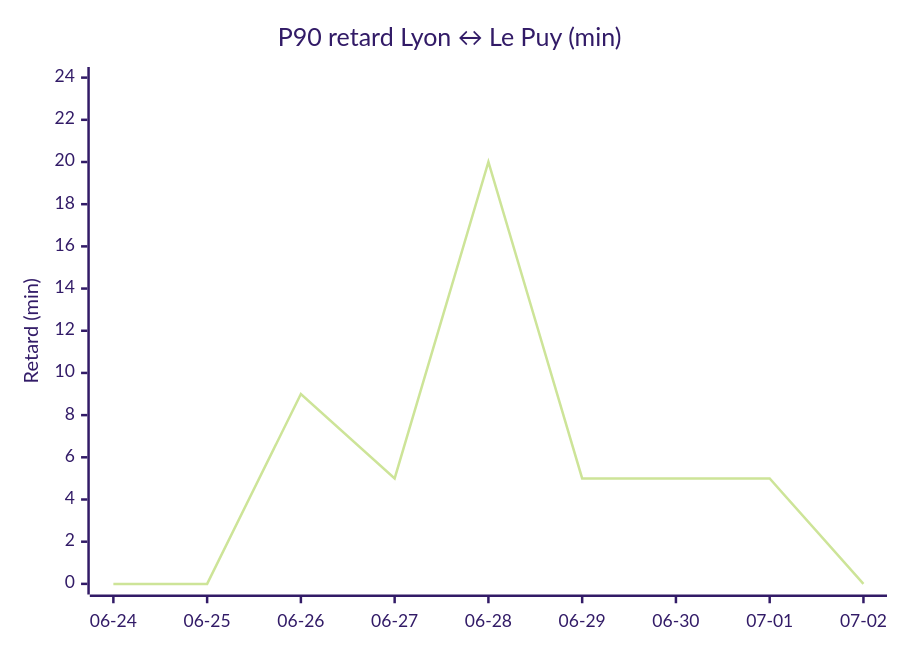
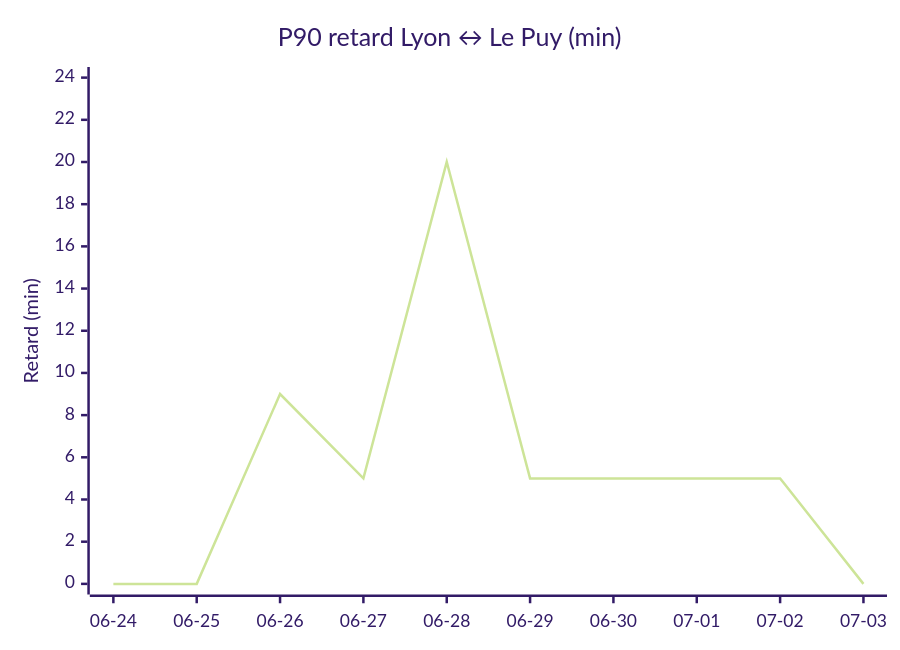
Before and after one commit to antoinerep/horaire-ter: the third of 4 diagrams in STATS.md, drawn with Mermaid (forest theme). The commit also changed other lines of this file and 1 other file, not shown here.

````diff
--- a/STATS.md
+++ b/STATS.md
@@ -81,7 +82,7 @@
 ```mermaid
 xychart-beta
     title "P90 retard Lyon ↔ Le Puy (min)"
-    x-axis ["06-24", "06-25", "06-26", "06-27", "06-28", "06-29", "06-30", "07-01", "07-02"]
+    x-axis ["06-24", "06-25", "06-26", "06-27", "06-28", "06-29", "06-30", "07-01", "07-02", "07-03"]
     y-axis "Retard (min)" 0 --> 24
-    line [0.0, 0.0, 9.0, 5.0, 20.0, 5.0, 5.0, 5.0, 0.0]
+    line [0.0, 0.0, 9.0, 5.0, 20.0, 5.0, 5.0, 5.0, 5.0, 0.0]
 ```
````
